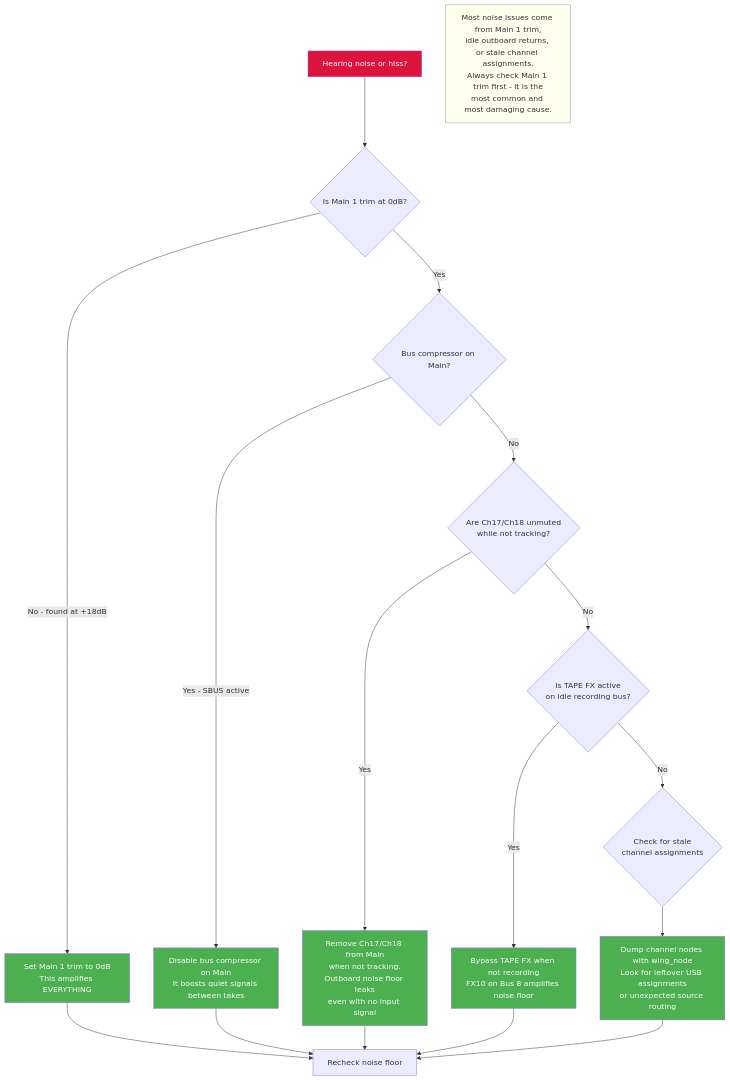
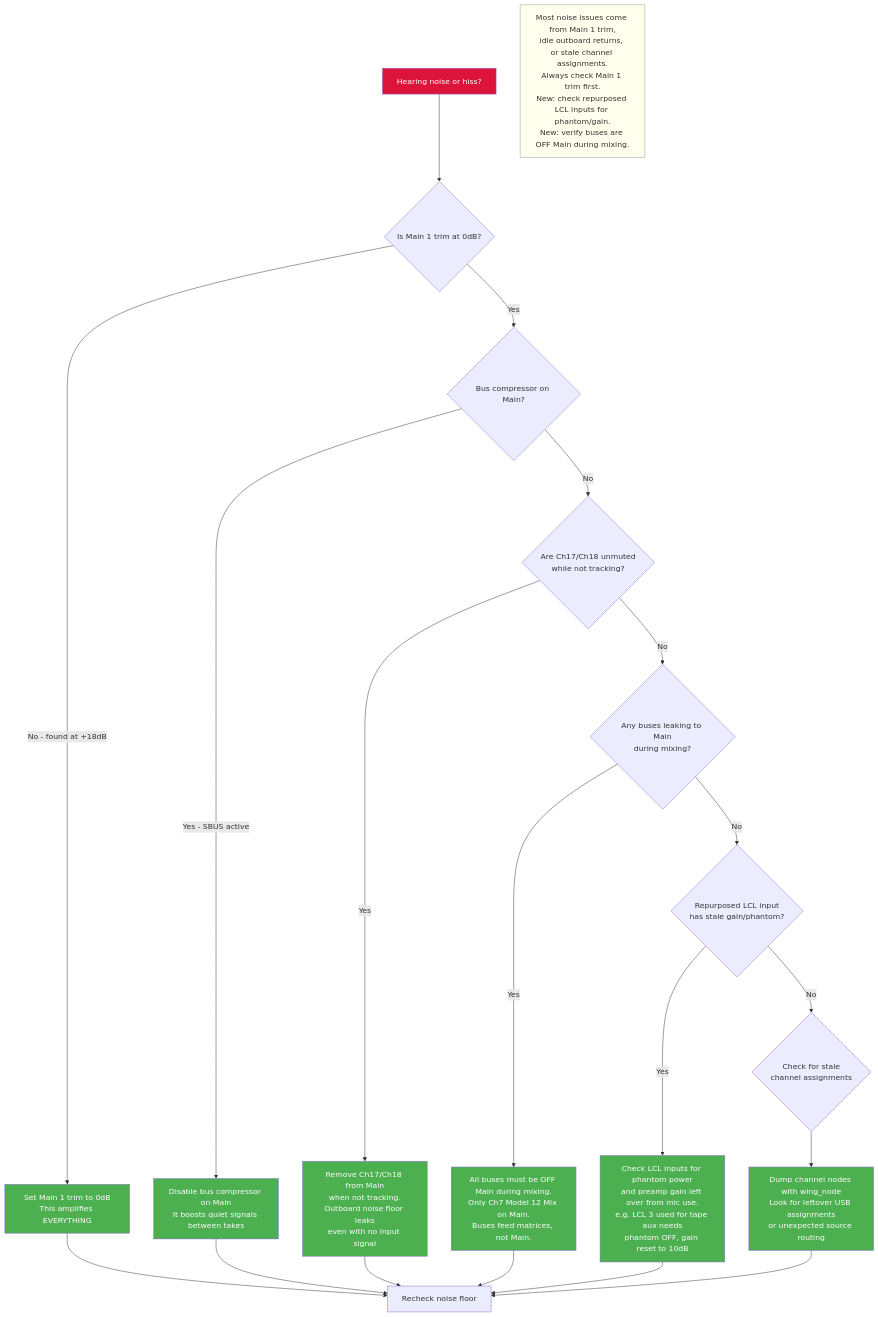
Diagram 14 of 21 in docs/diagrams.md (ldenman/studio-setup), drawn with Mermaid before and after one commit. The commit also changed other lines of this file and 1 other file, not shown here.

First line of the commit message:
Update all diagrams for mix matrices and tape aux loop

````diff
--- a/docs/diagrams.md
+++ b/docs/diagrams.md
@@ -461,33 +614,38 @@
 ```mermaid
 flowchart TD
     START[Hearing noise or hiss?] --> Q1{Is Main 1 trim at 0dB?}
     Q1 -->|No - found at +18dB| FIX1[Set Main 1 trim to 0dB<br/>This amplifies EVERYTHING]
     Q1 -->|Yes| Q2{Bus compressor on Main?}
 
     Q2 -->|Yes - SBUS active| FIX2[Disable bus compressor on Main<br/>It boosts quiet signals between takes]
     Q2 -->|No| Q3{Are Ch17/Ch18 unmuted<br/>while not tracking?}
 
     Q3 -->|Yes| FIX3[Remove Ch17/Ch18 from Main<br/>when not tracking.<br/>Outboard noise floor leaks<br/>even with no input signal]
-    Q3 -->|No| Q4{Is TAPE FX active<br/>on idle recording bus?}
+    Q3 -->|No| Q4{Any buses leaking to Main<br/>during mixing?}
 
-    Q4 -->|Yes| FIX4[Bypass TAPE FX when not recording<br/>FX10 on Bus 8 amplifies noise floor]
-    Q4 -->|No| Q5{Check for stale<br/>channel assignments}
+    Q4 -->|Yes| FIX4[All buses must be OFF Main during mixing.<br/>Only Ch7 Model 12 Mix on Main.<br/>Buses feed matrices, not Main.]
+    Q4 -->|No| Q5{Repurposed LCL input<br/>has stale gain/phantom?}
 
-    Q5 --> FIX5[Dump channel nodes with wing_node<br/>Look for leftover USB assignments<br/>or unexpected source routing]
+    Q5 -->|Yes| FIX5[Check LCL inputs for phantom power<br/>and preamp gain left over from mic use.<br/>e.g. LCL 3 used for tape aux needs<br/>phantom OFF, gain reset to 10dB]
+    Q5 -->|No| Q6{Check for stale<br/>channel assignments}
+
+    Q6 --> FIX6[Dump channel nodes with wing_node<br/>Look for leftover USB assignments<br/>or unexpected source routing]
 
     FIX1 --> RECHECK[Recheck noise floor]
     FIX2 --> RECHECK
     FIX3 --> RECHECK
     FIX4 --> RECHECK
     FIX5 --> RECHECK
+    FIX6 --> RECHECK
 
-    NOTE[Most noise issues come from Main 1 trim,<br/>idle outboard returns, or stale channel assignments.<br/>Always check Main 1 trim first - it is the<br/>most common and most damaging cause.]
+    NOTE[Most noise issues come from Main 1 trim,<br/>idle outboard returns, or stale channel assignments.<br/>Always check Main 1 trim first.<br/>New: check repurposed LCL inputs for phantom/gain.<br/>New: verify buses are OFF Main during mixing.]
 
     style NOTE fill:#ffe,stroke:#999
     style START fill:#DC143C,color:#fff
     style FIX1 fill:#4CAF50,color:#fff
     style FIX2 fill:#4CAF50,color:#fff
     style FIX3 fill:#4CAF50,color:#fff
     style FIX4 fill:#4CAF50,color:#fff
     style FIX5 fill:#4CAF50,color:#fff
+    style FIX6 fill:#4CAF50,color:#fff
 ```
````
